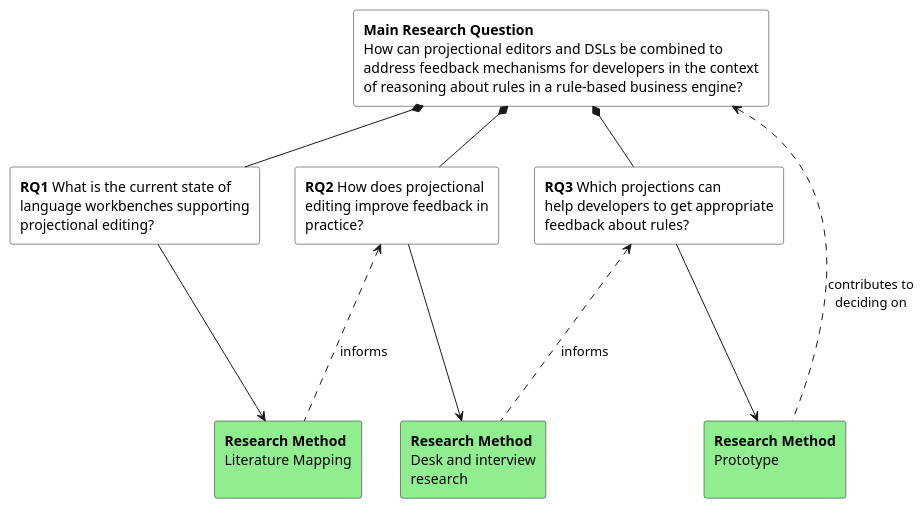
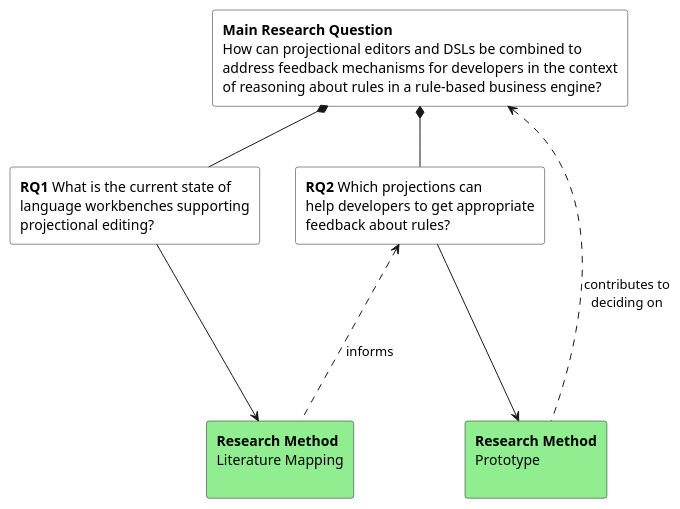
The diagram in ThesisProposal/images/ResearchQuestion.wsd (jewelEarthDeveloper/Thesis2021), drawn with PlantUML before and after one commit. The commit also changed 10 other files, not shown here.

```diff
--- a/ThesisProposal/images/ResearchQuestion.wsd
+++ b/ThesisProposal/images/ResearchQuestion.wsd
@@ -1,27 +1,21 @@
 @startuml
 'skinparam linetype polyline
 
 rectangle "<b>Main Research Question</b>\nHow can projectional editors and DSLs be combined to\naddress feedback mechanisms for developers in the context\nof reasoning about rules in a rule-based business engine?"  as MainQuestion #white
 rectangle "<b>RQ1</b> What is the current state of\nlanguage workbenches supporting\nprojectional editing?" as RQ1 #white
-rectangle "<b>RQ2</b> How does projectional\nediting improve feedback in\npractice?" as RQ2 #white
-rectangle "<b>RQ3</b> Which projections can\nhelp developers to get appropriate\nfeedback about rules?" as RQ3 #white
+rectangle "<b>RQ2</b> Which projections can\nhelp developers to get appropriate\nfeedback about rules?" as RQ2 #white
 rectangle "<b>Research Method</b>\nLiterature Mapping\n" as RM1 #lightgreen
-rectangle "<b>Research Method</b>\nDesk and interview\nresearch" as RM2 #lightgreen
-rectangle "<b>Research Method</b>\nPrototype\n" as RM3 #lightgreen
+rectangle "<b>Research Method</b>\nPrototype\n" as RM2 #lightgreen
 
 MainQuestion *-down- RQ1
 MainQuestion *-down- RQ2
-MainQuestion *-down- RQ3
 
 RQ1 -down-> RM1
 RQ2 -down-> RM2
-RQ3 -down-> RM3
 
 RQ1 -[hidden]right- RQ2
-RQ2 -[hidden]right- RQ3
 
 RM1 .up..> RQ2  : informs
-RM2 .up..> RQ3  : informs
-RM3 ..up..> MainQuestion : contributes to\ndeciding on
+RM2 ..up..> MainQuestion : contributes to\ndeciding on
 
 @enduml
```
